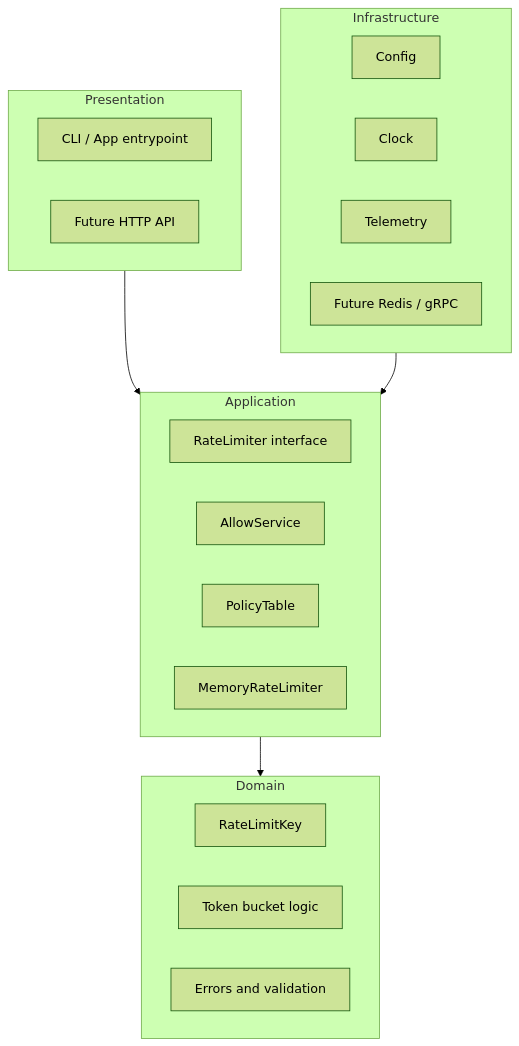
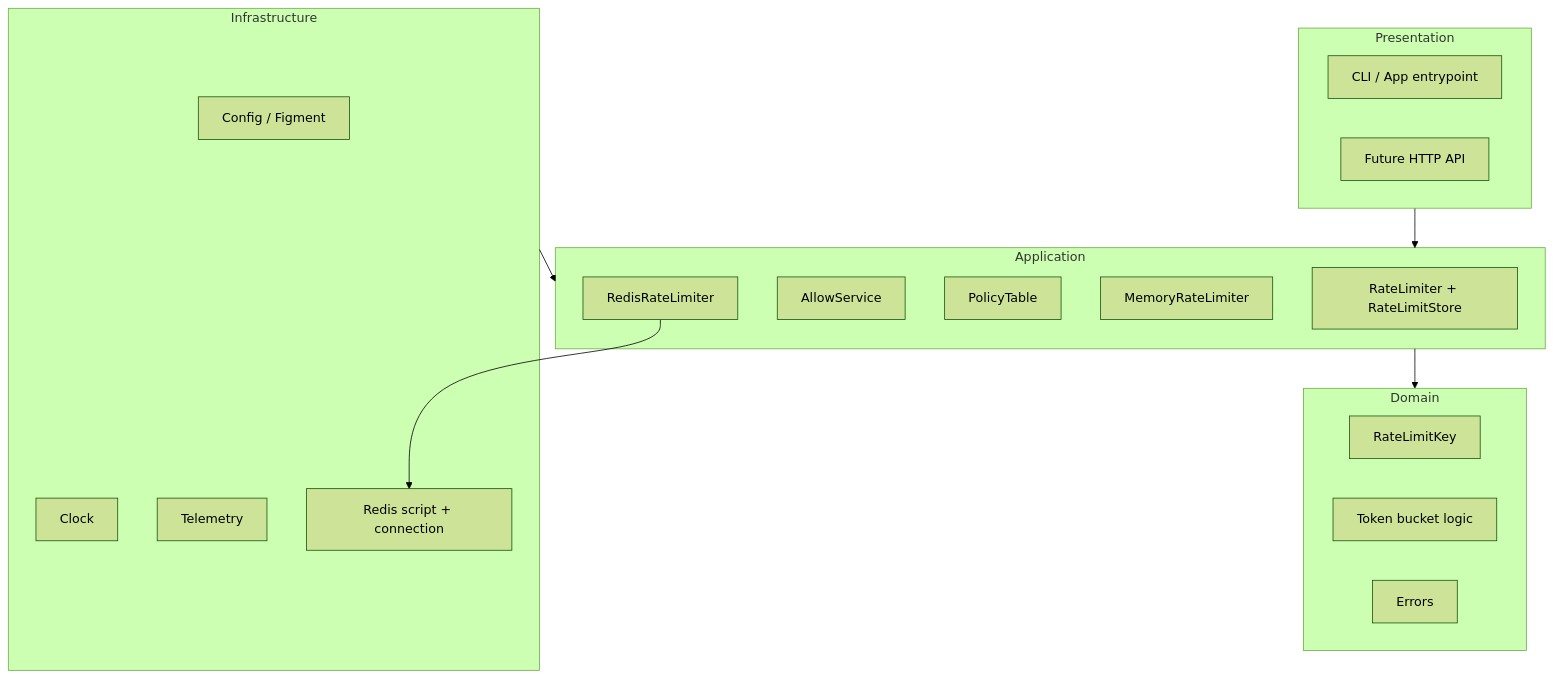
The first of 2 diagrams in README.md (Nkasi-e/distributed-ratel), drawn with Mermaid (forest theme) before and after one commit. The commit also changed other lines of this file, not shown here.

````diff
--- a/README.md
+++ b/README.md
@@ -48,31 +50,33 @@
 ```mermaid
 flowchart TB
     subgraph Presentation["Presentation"]
         P1[CLI / App entrypoint]
         P2[Future HTTP API]
     end
 
     subgraph Application["Application"]
-        A1[RateLimiter interface]
+        A1["RateLimiter + RateLimitStore"]
         A2[AllowService]
         A3[PolicyTable]
         A4[MemoryRateLimiter]
+        A5[RedisRateLimiter]
     end
 
     subgraph Domain["Domain"]
         D1[RateLimitKey]
         D2[Token bucket logic]
-        D3[Errors and validation]
+        D3[Errors]
     end
 
     subgraph Infrastructure["Infrastructure"]
-        I1[Config]
+        I1[Config / Figment]
         I2[Clock]
         I3[Telemetry]
-        I4[Future Redis / gRPC]
+        I4[Redis script + connection]
     end
 
     Presentation --> Application
     Application --> Domain
     Infrastructure --> Application
+    A5 --> I4
 ```
````
